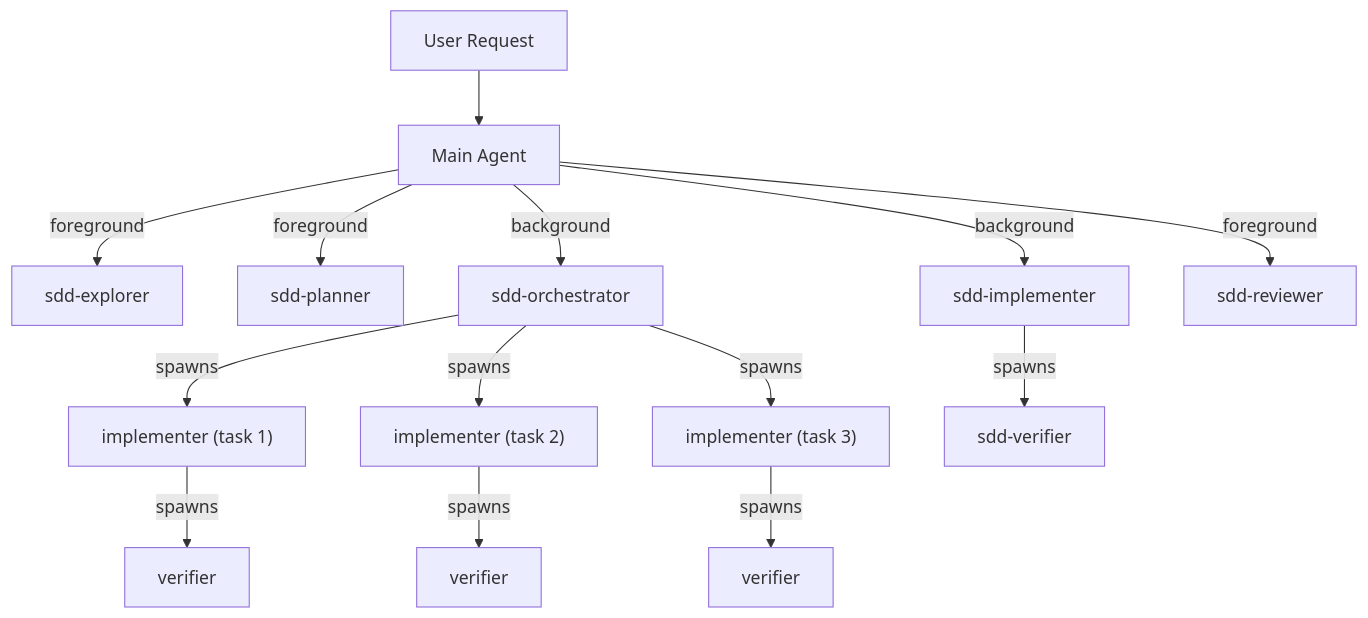
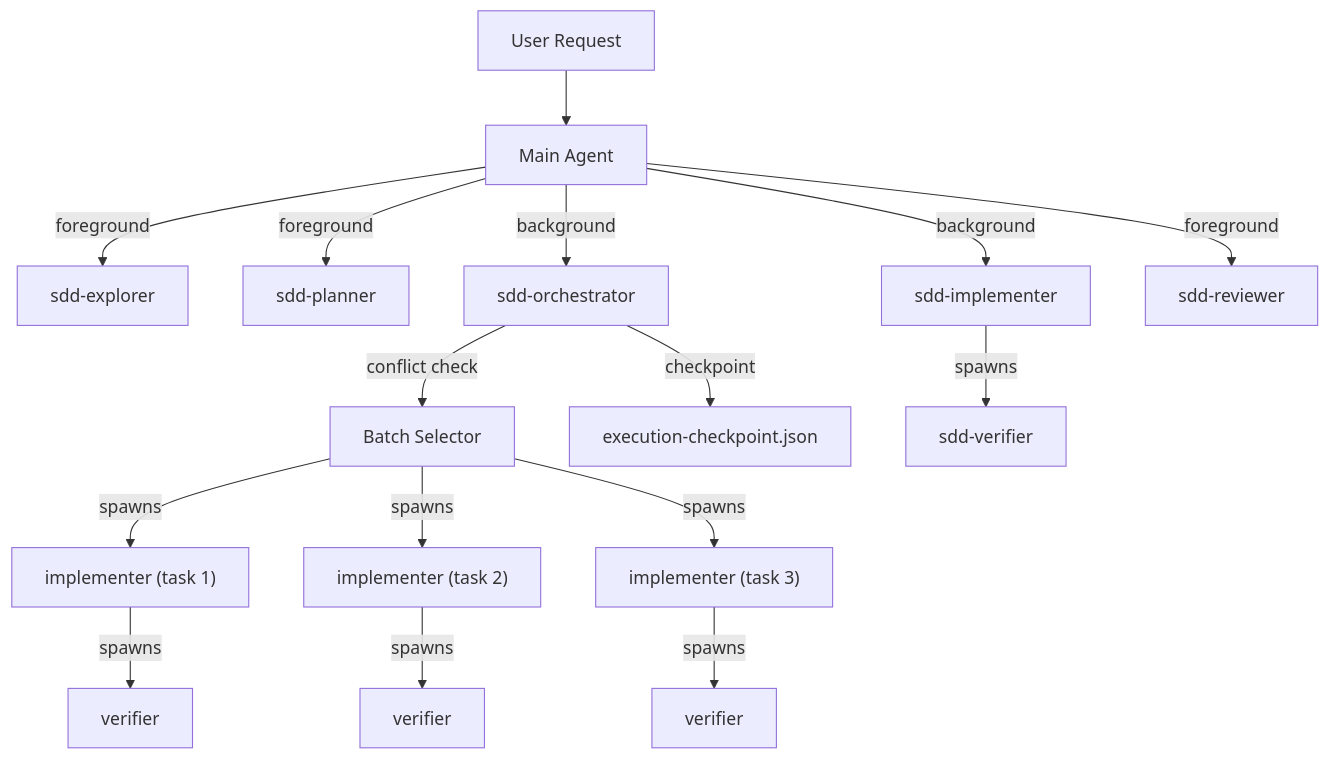
One commit to madebyaris/spec-kit-command-cursor changed the second of 2 diagrams in README.md. Above: the diagram before and after it, drawn with Mermaid. The commit also changed other lines of this file and 44 other files, not shown here.

````diff
--- a/README.md
+++ b/README.md
@@ -169,18 +200,21 @@
 ```mermaid
 graph TD
     User["User Request"] --> MainAgent["Main Agent"]
     MainAgent -->|foreground| Explorer["sdd-explorer"]
     MainAgent -->|foreground| Planner["sdd-planner"]
     MainAgent -->|background| Orchestrator["sdd-orchestrator"]
     MainAgent -->|background| Implementer["sdd-implementer"]
     MainAgent -->|foreground| Reviewer["sdd-reviewer"]
 
-    Orchestrator -->|spawns| Impl1["implementer (task 1)"]
-    Orchestrator -->|spawns| Impl2["implementer (task 2)"]
-    Orchestrator -->|spawns| Impl3["implementer (task 3)"]
+    Orchestrator -->|"conflict check"| BatchSelector["Batch Selector"]
+    BatchSelector -->|spawns| Impl1["implementer (task 1)"]
+    BatchSelector -->|spawns| Impl2["implementer (task 2)"]
+    BatchSelector -->|spawns| Impl3["implementer (task 3)"]
+
+    Orchestrator -->|checkpoint| Checkpoint["execution-checkpoint.json"]
 
     Implementer -->|spawns| Verifier["sdd-verifier"]
     Impl1 -->|spawns| V1["verifier"]
     Impl2 -->|spawns| V2["verifier"]
     Impl3 -->|spawns| V3["verifier"]
 ```
````
